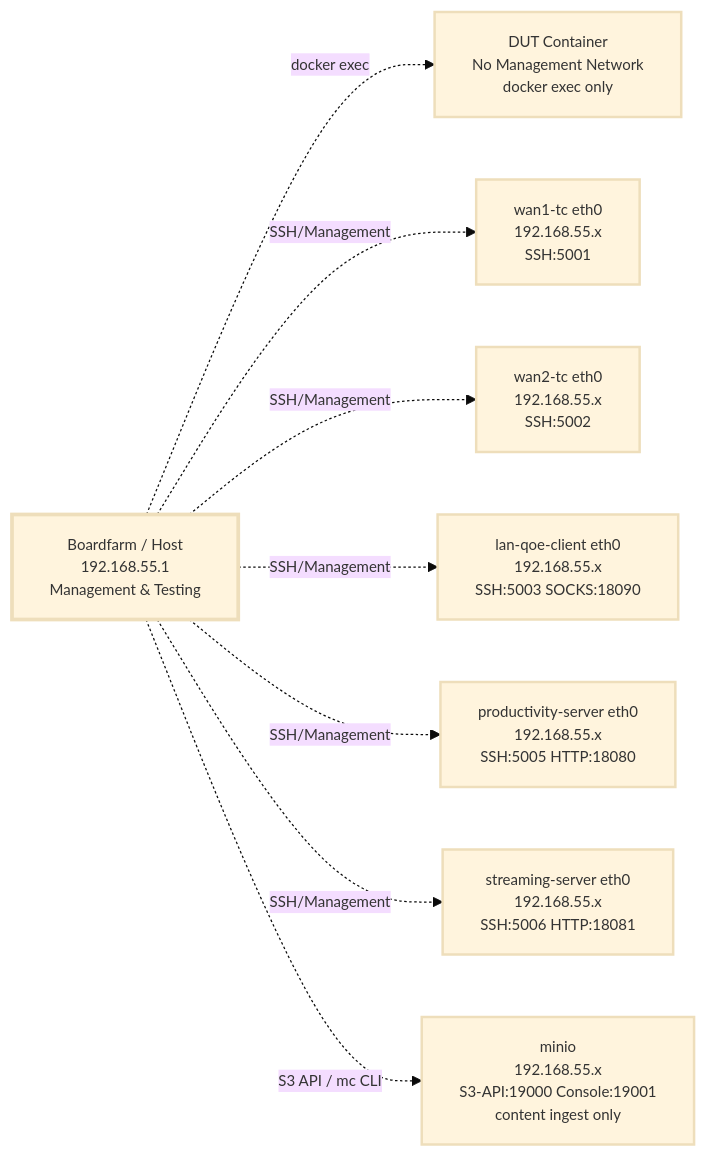
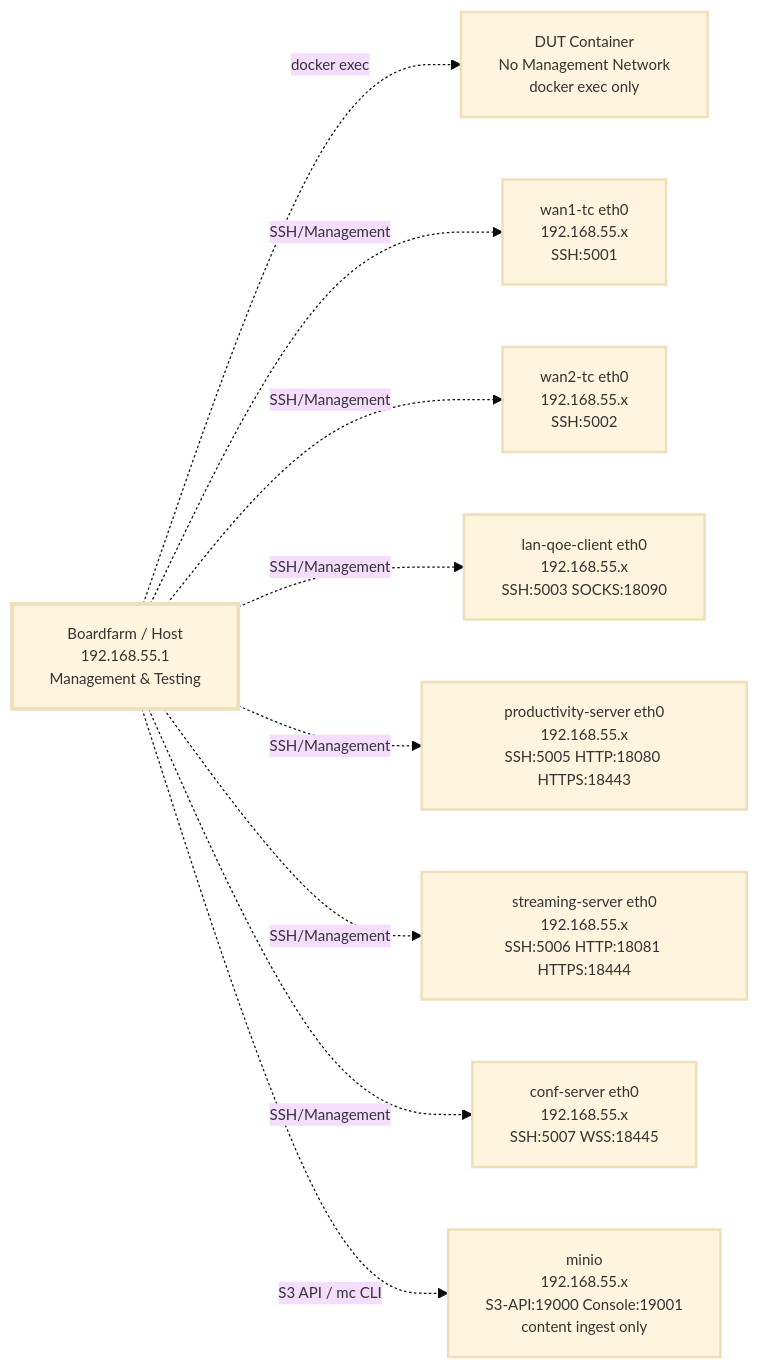
Before and after one commit to alottabits/boardfarm-bdd: the first of 2 diagrams in docs/SDWAN_Testbed_Configuration.md, drawn with Mermaid. The commit also changed other lines of this file and 149 other files, not shown here.

````diff
--- a/docs/SDWAN_Testbed_Configuration.md
+++ b/docs/SDWAN_Testbed_Configuration.md
@@ -83,26 +87,28 @@
 ```mermaid
 %%{init: {'theme': 'base', 'themeVariables': { 'fontSize': '12px', 'fontFamily': 'arial' }}}%%
 flowchart LR
     MGMT[Boardfarm / Host<br/>192.168.55.1<br/>Management & Testing]
 
     DUT_MGMT[DUT Container<br/>No Management Network<br/>docker exec only]
     TC1_MGMT[wan1-tc eth0<br/>192.168.55.x<br/>SSH:5001]
     TC2_MGMT[wan2-tc eth0<br/>192.168.55.x<br/>SSH:5002]
     LAN_MGMT[lan-qoe-client eth0<br/>192.168.55.x<br/>SSH:5003 SOCKS:18090]
-    PROD_MGMT[productivity-server eth0<br/>192.168.55.x<br/>SSH:5005 HTTP:18080]
-    STREAM_MGMT[streaming-server eth0<br/>192.168.55.x<br/>SSH:5006 HTTP:18081]
+    PROD_MGMT[productivity-server eth0<br/>192.168.55.x<br/>SSH:5005 HTTP:18080 HTTPS:18443]
+    STREAM_MGMT[streaming-server eth0<br/>192.168.55.x<br/>SSH:5006 HTTP:18081 HTTPS:18444]
+    CONF_MGMT[conf-server eth0<br/>192.168.55.x<br/>SSH:5007 WSS:18445]
     MINIO_MGMT[minio<br/>192.168.55.x<br/>S3-API:19000 Console:19001<br/>content ingest only]
 
     MGMT -.->|docker exec| DUT_MGMT
     MGMT -.->|SSH/Management| TC1_MGMT
     MGMT -.->|SSH/Management| TC2_MGMT
     MGMT -.->|SSH/Management| LAN_MGMT
     MGMT -.->|SSH/Management| PROD_MGMT
     MGMT -.->|SSH/Management| STREAM_MGMT
+    MGMT -.->|SSH/Management| CONF_MGMT
     MGMT -.->|S3 API / mc CLI| MINIO_MGMT
 
     classDef mgmt stroke-width:3px
     classDef container stroke-width:2px
     class MGMT mgmt
-    class DUT_MGMT,TC1_MGMT,TC2_MGMT,LAN_MGMT,PROD_MGMT,STREAM_MGMT,MINIO_MGMT container
+    class DUT_MGMT,TC1_MGMT,TC2_MGMT,LAN_MGMT,PROD_MGMT,STREAM_MGMT,CONF_MGMT,MINIO_MGMT container
 ```
````
